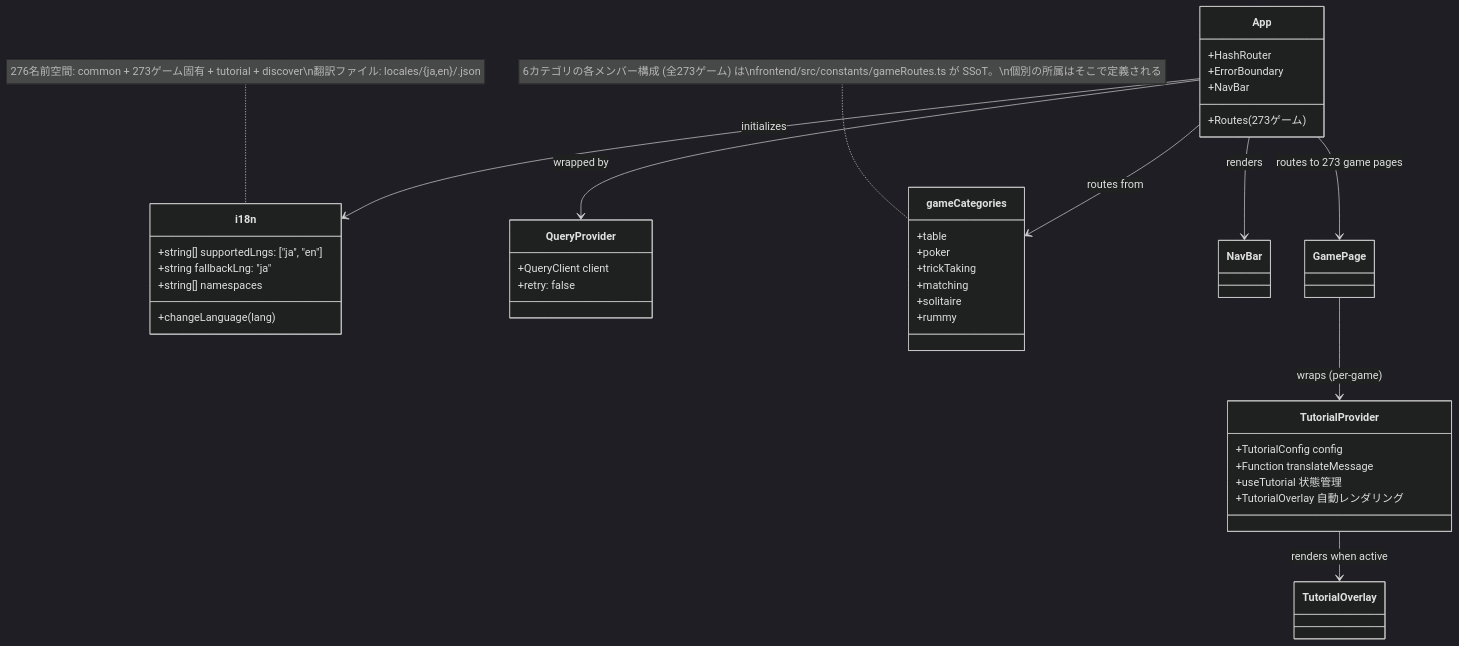
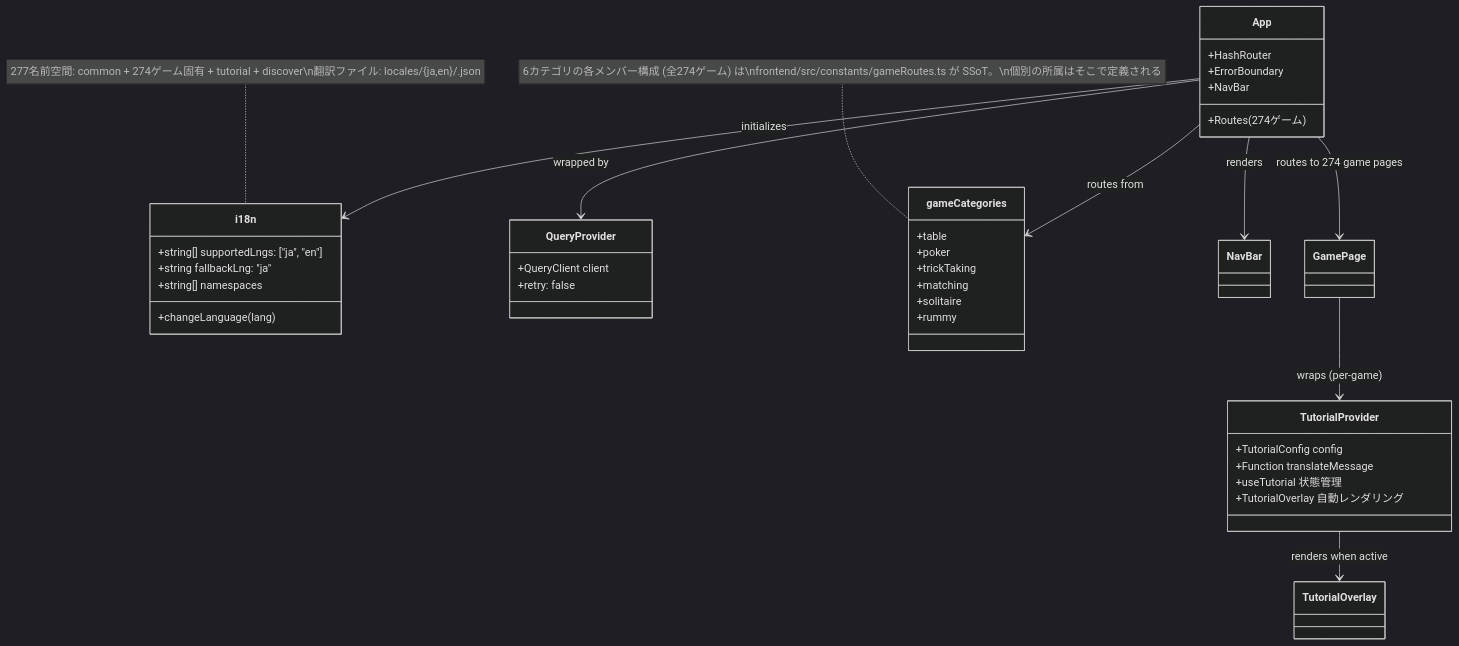
One commit to yuta-yoshinaga/go_trumpcards changed the ninth of 49 diagrams in docs/design/frontend.md. Above: the diagram before and after it, drawn with Mermaid (dark theme). The commit also changed other lines of this file and 61 other files, not shown here.

````diff
--- a/docs/design/frontend.md
+++ b/docs/design/frontend.md
@@ -1869,48 +1869,48 @@
 ```mermaid
 classDiagram
     class i18n {
         +string[] supportedLngs: ["ja", "en"]
         +string fallbackLng: "ja"
         +string[] namespaces
         +changeLanguage(lang)
     }
 
     class QueryProvider {
         +QueryClient client
         +retry: false
     }
 
     class App {
         +HashRouter
         +ErrorBoundary
         +NavBar
-        +Routes (273ゲーム)
+        +Routes (274ゲーム)
     }
 
     class gameCategories {
         +table
         +poker
         +trickTaking
         +matching
         +solitaire
         +rummy
     }
-    note for gameCategories "6カテゴリの各メンバー構成 (全273ゲーム) は\nfrontend/src/constants/gameRoutes.ts が SSoT。\n個別の所属はそこで定義される"
+    note for gameCategories "6カテゴリの各メンバー構成 (全274ゲーム) は\nfrontend/src/constants/gameRoutes.ts が SSoT。\n個別の所属はそこで定義される"
 
     class TutorialProvider {
         +TutorialConfig config
         +Function translateMessage
         +useTutorial 状態管理
         +TutorialOverlay 自動レンダリング
     }
 
     App --> QueryProvider : wrapped by
     App --> i18n : initializes
     App --> gameCategories : routes from
     App --> NavBar : renders
-    App --> GamePage : routes to 273 game pages
+    App --> GamePage : routes to 274 game pages
     GamePage --> TutorialProvider : wraps (per-game)
     TutorialProvider --> TutorialOverlay : renders when active
 
-    note for i18n "276名前空間: common + 273ゲーム固有 + tutorial + discover\n翻訳ファイル: locales/{ja,en}/<game>.json"
+    note for i18n "277名前空間: common + 274ゲーム固有 + tutorial + discover\n翻訳ファイル: locales/{ja,en}/<game>.json"
 ```
````
